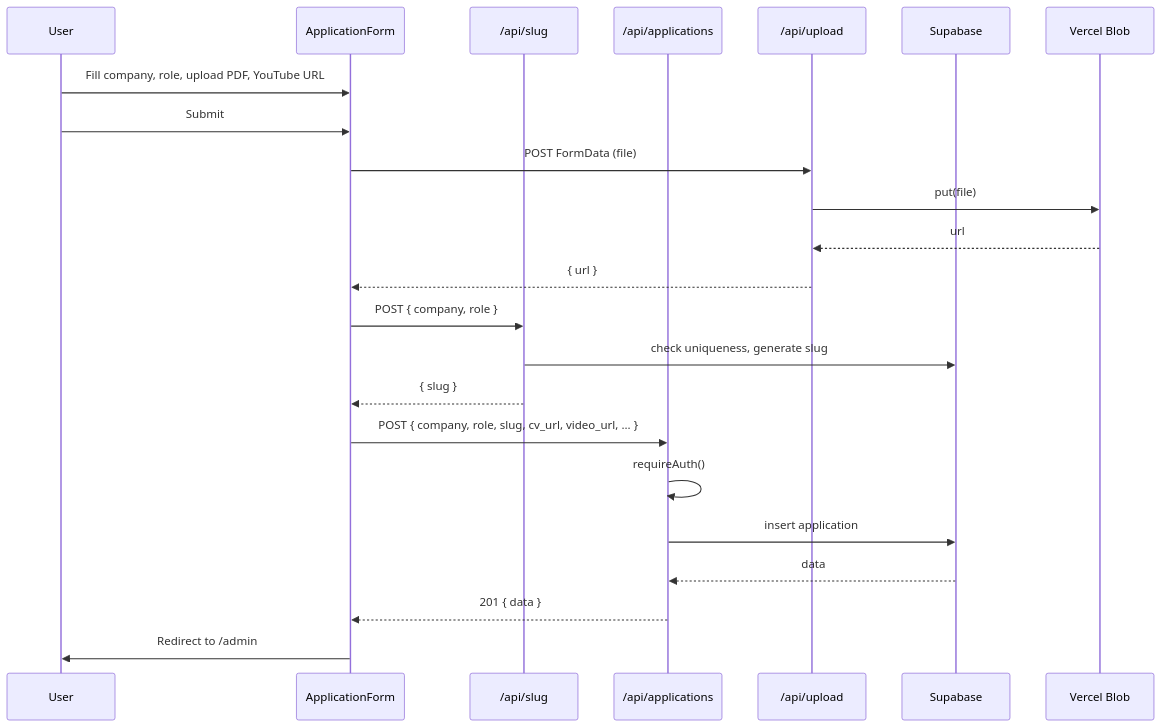
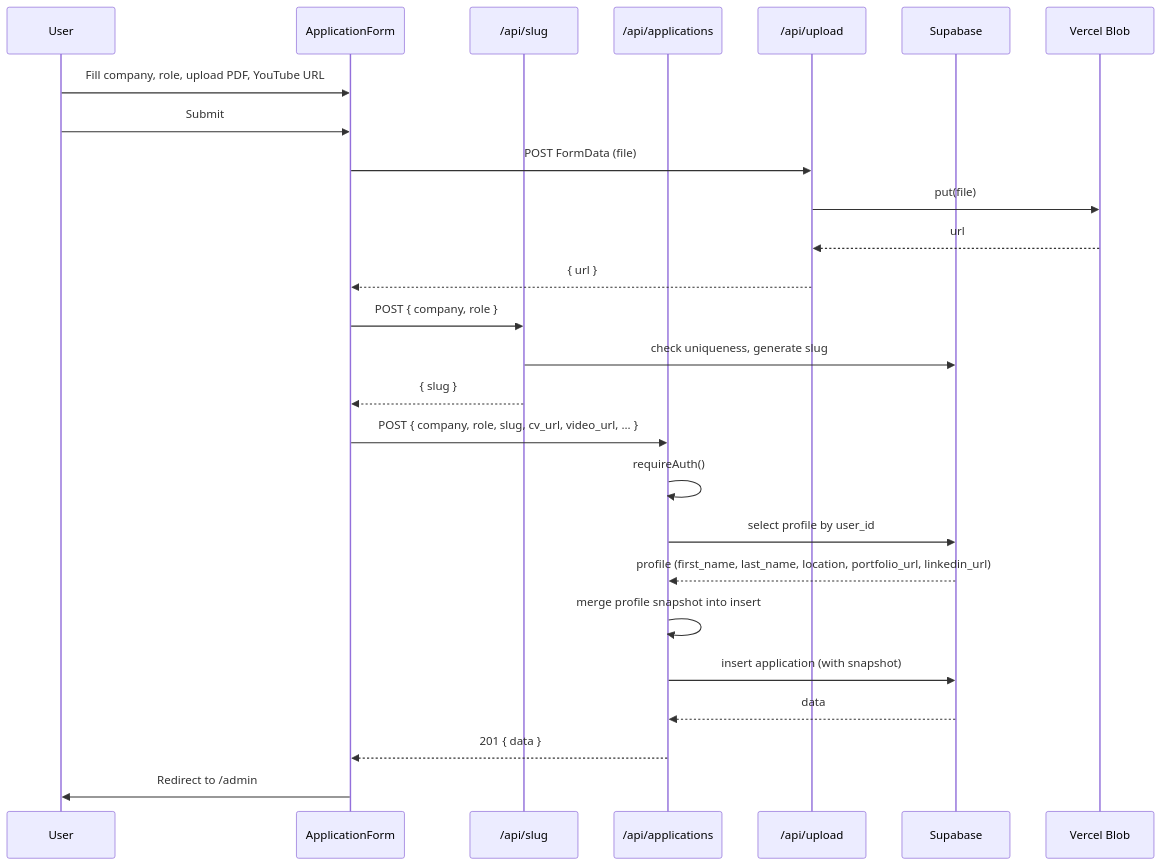
The fourth of 5 diagrams in docs/ARCHITECTURE.md (joan-gerard/my-hire-view), drawn with Mermaid before and after one commit. The commit also changed other lines of this file and 11 other files, not shown here.

````diff
--- a/docs/ARCHITECTURE.md
+++ b/docs/ARCHITECTURE.md
@@ -251,26 +264,29 @@
 ```mermaid
 sequenceDiagram
   participant U as User
   participant Form as ApplicationForm
   participant SlugAPI as /api/slug
   participant AppsAPI as /api/applications
   participant UploadAPI as /api/upload
   participant Supa as Supabase
   participant Blob as Vercel Blob
 
   U->>Form: Fill company, role, upload PDF, YouTube URL
   U->>Form: Submit
   Form->>UploadAPI: POST FormData (file)
   UploadAPI->>Blob: put(file)
   Blob-->>UploadAPI: url
   UploadAPI-->>Form: { url }
   Form->>SlugAPI: POST { company, role }
   SlugAPI->>Supa: check uniqueness, generate slug
   SlugAPI-->>Form: { slug }
   Form->>AppsAPI: POST { company, role, slug, cv_url, video_url, ... }
   AppsAPI->>AppsAPI: requireAuth()
-  AppsAPI->>Supa: insert application
+  AppsAPI->>Supa: select profile by user_id
+  Supa-->>AppsAPI: profile (first_name, last_name, location, portfolio_url, linkedin_url)
+  AppsAPI->>AppsAPI: merge profile snapshot into insert
+  AppsAPI->>Supa: insert application (with snapshot)
   Supa-->>AppsAPI: data
   AppsAPI-->>Form: 201 { data }
   Form->>U: Redirect to /admin
 ```
````
